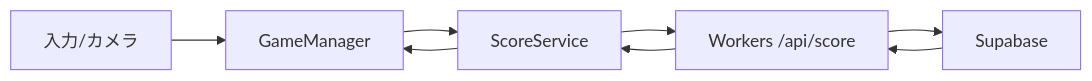
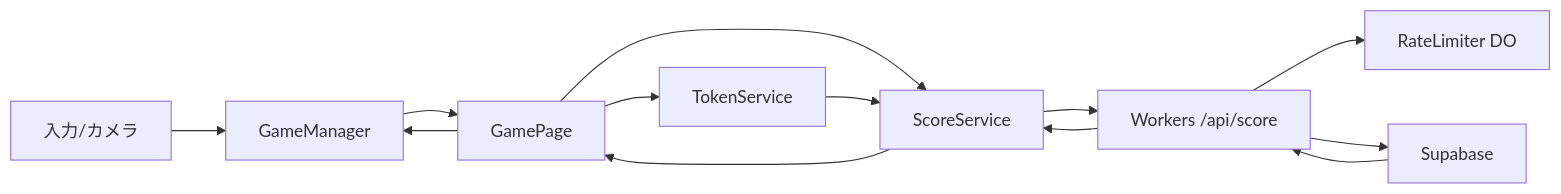
Diagram 11 of 11 in README.md (syusyusyusyu/star), drawn with Mermaid before and after one commit. The commit also changed other lines of this file, not shown here.

Commit message:
fix: READMEの構成を整理し、フロントエンドとバックエンドのクラス図を更新

````diff
--- a/README.md
+++ b/README.md
@@ -409,10 +459,15 @@
 ```mermaid
 flowchart LR
   Input[入力/カメラ] --> GM[GameManager]
-  GM --> Score[ScoreService]
+  GM --> GP[GamePage]
+  GP --> Token[TokenService]
+  GP --> Score[ScoreService]
+  Token --> Score
   Score --> API[Workers /api/score]
+  API --> Rate[RateLimiter DO]
   API --> DB[Supabase]
   DB --> API
   API --> Score
-  Score --> GM
+  Score --> GP
+  GP --> GM
 ```
````
